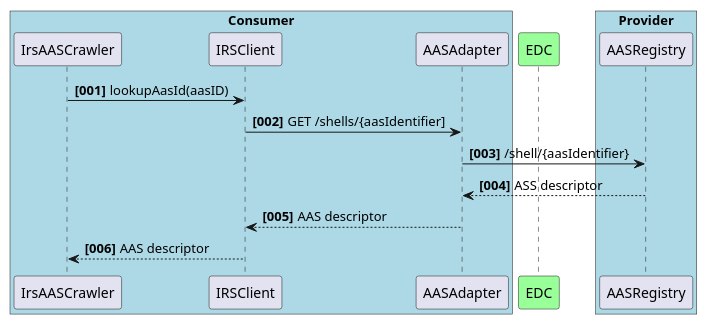
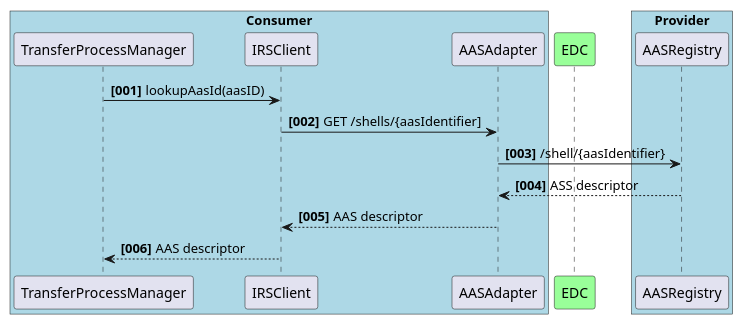
The diagram in uml-diagramms/call-aas-registry-sequence.puml (eclipse-tractusx/item-relationship-service), drawn with PlantUML before and after one commit. The commit also changed 3 other files, not shown here.

Commit message:
refactor(api):[TRI-301] add new sequence and component diagrams

```diff
--- a/uml-diagramms/call-aas-registry-sequence.puml
+++ b/uml-diagramms/call-aas-registry-sequence.puml
@@ -1,15 +1,15 @@
 @startuml
 'https://plantuml.com/sequence-diagram
 
 autonumber "<b>[000]"
 box "Consumer" #LightBlue
-IrsAASCrawler -> IRSClient: lookupAasId(aasID)
+TransferProcessManager -> IRSClient: lookupAasId(aasID)
 IRSClient -> AASAdapter: GET /shells/{aasIdentifier]
 end box
 participant "EDC" as L #99FF99
 box "Provider" #LightBlue
 AASAdapter -> AASRegistry: /shell/{aasIdentifier}
 AASAdapter <-- AASRegistry: ASS descriptor
 IRSClient <-- AASAdapter: AAS descriptor
-IrsAASCrawler <-- IRSClient: AAS descriptor
+TransferProcessManager <-- IRSClient: AAS descriptor
 @enduml
```
